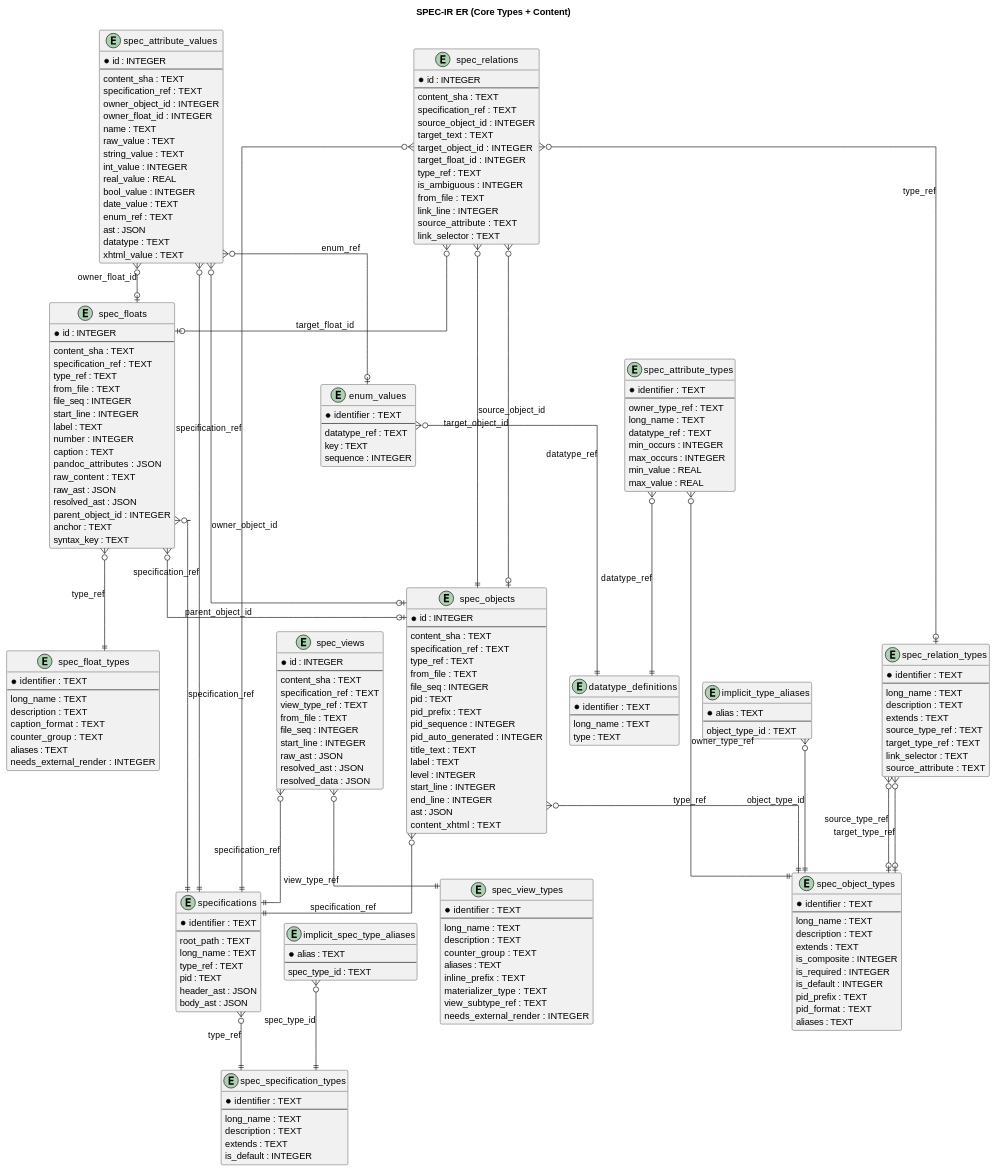
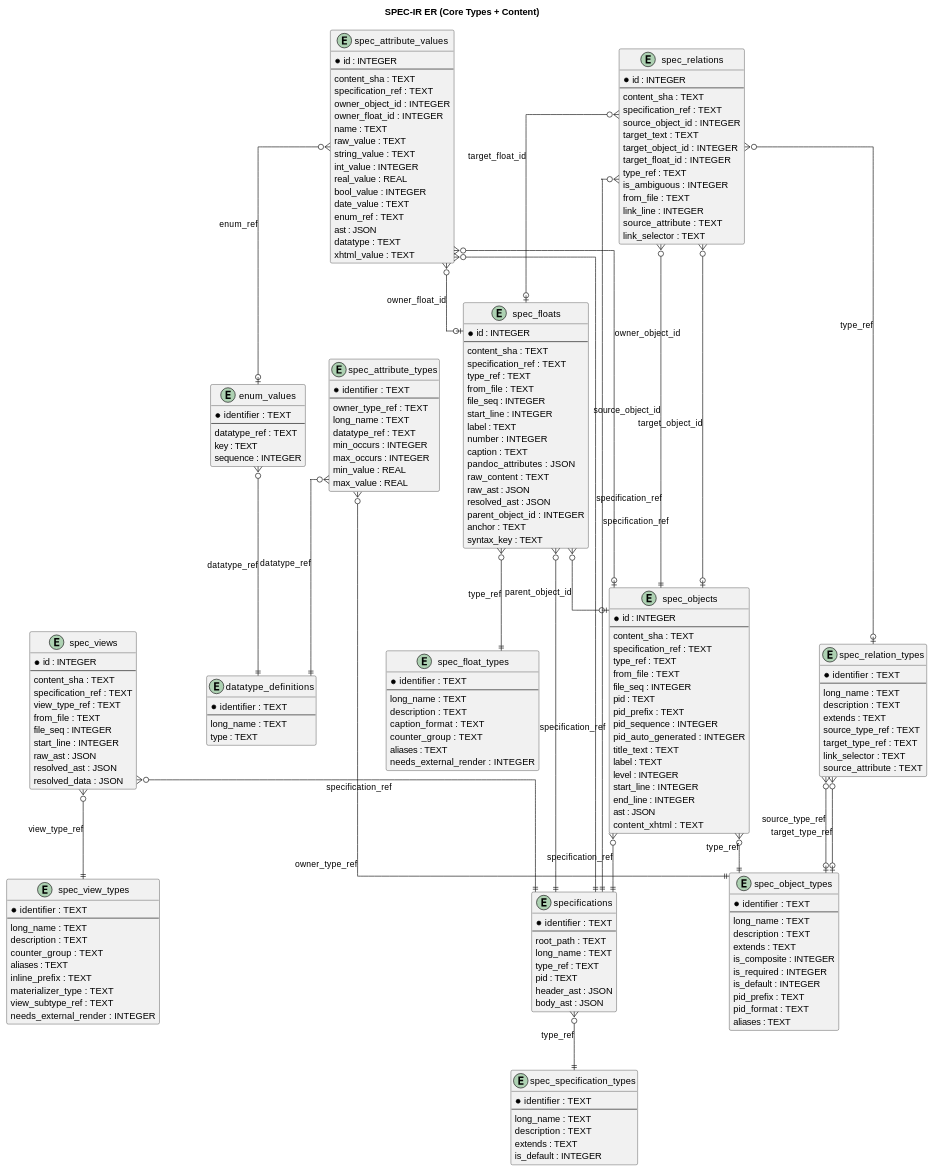
The diagram in docs/engineering_docs/architecture/spec_ir_schema.md (crisclacerda/SpecCompiler), drawn with PlantUML before and after one commit. The commit also changed other lines of this file and 7 other files, not shown here.

````diff
--- a/docs/engineering_docs/architecture/spec_ir_schema.md
+++ b/docs/engineering_docs/architecture/spec_ir_schema.md
@@ -33,4 +39,4 @@
-```plantuml:er-specir-core
+```plantuml:er-specIR-core
 @startuml
 title SPEC-IR ER (Core Types + Content)
 
@@ -228,17 +234,6 @@
   xhtml_value : TEXT
 }
 
-entity "implicit_type_aliases" as implicit_type_aliases {
-  * alias : TEXT
-  --
-  object_type_id : TEXT
-}
-
-entity "implicit_spec_type_aliases" as implicit_spec_type_aliases {
-  * alias : TEXT
-  --
-  spec_type_id : TEXT
-}
 
 specifications }o--|| spec_specification_types : type_ref
 spec_objects }o--|| specifications : specification_ref
@@ -260,8 +255,6 @@
 spec_attribute_types }o--|| spec_object_types : owner_type_ref
 spec_attribute_types }o--|| datatype_definitions : datatype_ref
 enum_values }o--|| datatype_definitions : datatype_ref
-implicit_type_aliases }o--|| spec_object_types : object_type_id
-implicit_spec_type_aliases }o--|| spec_specification_types : spec_type_id
 spec_relation_types }o--o| spec_object_types : source_type_ref
 spec_relation_types }o--o| spec_object_types : target_type_ref
 
````
